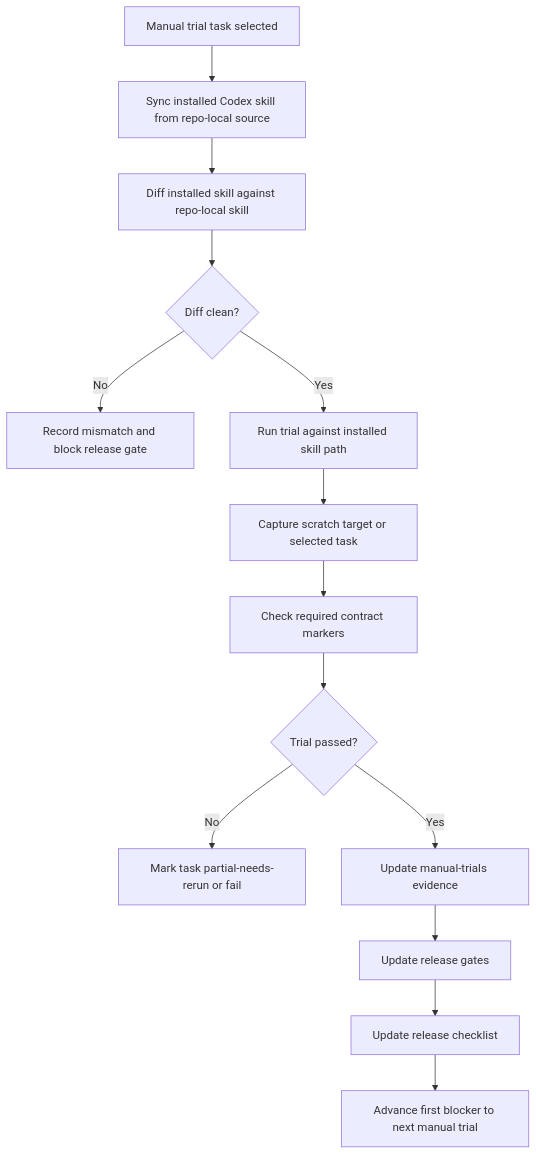
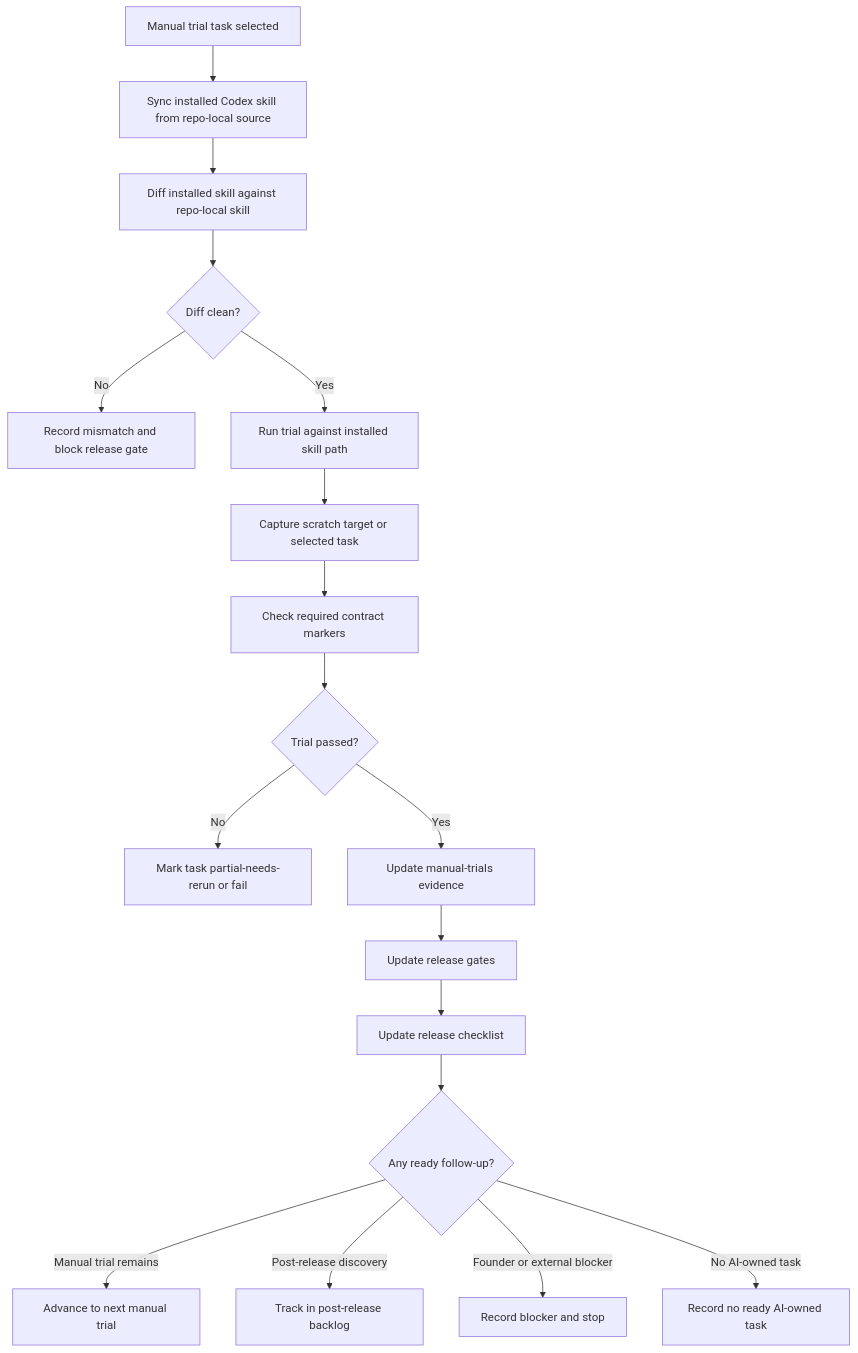
One commit to pax-k/build-right changed the sixth of 8 diagrams in agent-skills-flow-diagrams.md. Above: the diagram before and after it, drawn with Mermaid. The commit also changed other lines of this file and 12 other files, not shown here.

````diff
--- a/agent-skills-flow-diagrams.md
+++ b/agent-skills-flow-diagrams.md
@@ -203,20 +209,24 @@
 ```mermaid
 flowchart TD
   A["Manual trial task selected"] --> B["Sync installed Codex skill from repo-local source"]
   B --> C["Diff installed skill against repo-local skill"]
   C --> D{"Diff clean?"}
 
   D -->|"No"| E["Record mismatch and block release gate"]
   D -->|"Yes"| F["Run trial against installed skill path"]
 
   F --> G["Capture scratch target or selected task"]
   G --> H["Check required contract markers"]
   H --> I{"Trial passed?"}
 
   I -->|"No"| J["Mark task partial-needs-rerun or fail"]
   I -->|"Yes"| K["Update manual-trials evidence"]
 
   K --> L["Update release gates"]
   L --> M["Update release checklist"]
-  M --> N["Advance first blocker to next manual trial"]
+  M --> N{"Any ready follow-up?"}
+  N -->|"Manual trial remains"| O["Advance to next manual trial"]
+  N -->|"Post-release discovery"| P["Track in post-release backlog"]
+  N -->|"Founder or external blocker"| Q["Record blocker and stop"]
+  N -->|"No AI-owned task"| R["Record no ready AI-owned task"]
 ```
````
